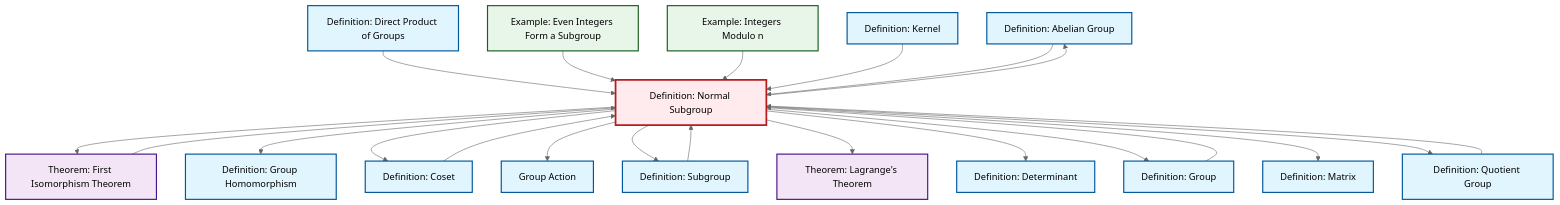
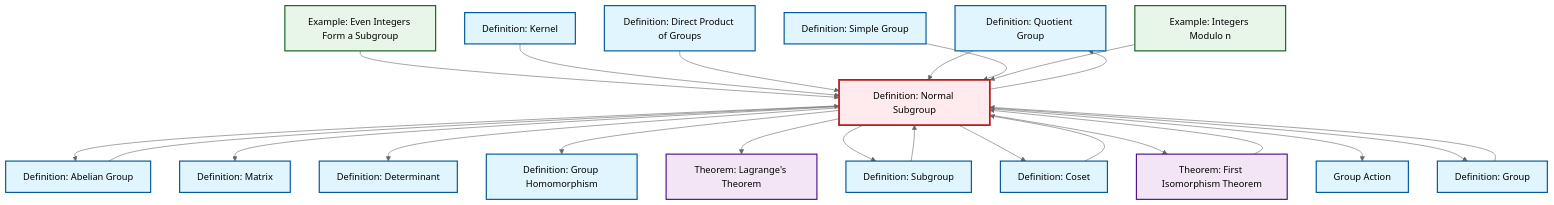
Before and after one commit to RK0429/ModernMath: the diagram in content/en/algebra/def-normal-subgroup.qmd, drawn with Mermaid (neutral theme). The commit also changed 554 other files, not shown here.

````diff
--- a/content/en/algebra/def-normal-subgroup.qmd
+++ b/content/en/algebra/def-normal-subgroup.qmd
@@ -95,62 +95,65 @@
 ```{mermaid}
 %%| fig-cap: "Local dependency graph"
 graph TD
     classDef definition fill:#e1f5fe,stroke:#01579b,stroke-width:2px
     classDef theorem fill:#f3e5f5,stroke:#4a148c,stroke-width:2px
     classDef axiom fill:#fff3e0,stroke:#e65100,stroke-width:2px
     classDef example fill:#e8f5e9,stroke:#1b5e20,stroke-width:2px
     classDef current fill:#ffebee,stroke:#b71c1c,stroke-width:3px
-    def-abelian-group["Definition: Abelian Group"]:::definition
-    def-homomorphism["Definition: Group Homomorphism"]:::definition
     def-quotient-group["Definition: Quotient Group"]:::definition
-    def-determinant["Definition: Determinant"]:::definition
-    thm-first-isomorphism["Theorem: First Isomorphism Theorem"]:::theorem
     def-direct-product["Definition: Direct Product of Groups"]:::definition
-    def-group["Definition: Group"]:::definition
-    def-normal-subgroup["Definition: Normal Subgroup"]:::definition
-    def-subgroup["Definition: Subgroup"]:::definition
-    thm-lagrange["Theorem: Lagrange's Theorem"]:::theorem
-    ex-quotient-integers-mod-n["Example: Integers Modulo n"]:::example
-    ex-even-integers-subgroup["Example: Even Integers Form a Subgroup"]:::example
-    def-matrix["Definition: Matrix"]:::definition
-    def-coset["Definition: Coset"]:::definition
     def-kernel["Definition: Kernel"]:::definition
     def-group-action["Group Action"]:::definition
+    ex-even-integers-subgroup["Example: Even Integers Form a Subgroup"]:::example
+    def-abelian-group["Definition: Abelian Group"]:::definition
+    def-subgroup["Definition: Subgroup"]:::definition
+    def-simple-group["Definition: Simple Group"]:::definition
+    ex-quotient-integers-mod-n["Example: Integers Modulo n"]:::example
+    def-group["Definition: Group"]:::definition
+    def-matrix["Definition: Matrix"]:::definition
+    def-normal-subgroup["Definition: Normal Subgroup"]:::definition
+    def-homomorphism["Definition: Group Homomorphism"]:::definition
+    def-determinant["Definition: Determinant"]:::definition
+    def-coset["Definition: Coset"]:::definition
+    thm-lagrange["Theorem: Lagrange's Theorem"]:::theorem
+    thm-first-isomorphism["Theorem: First Isomorphism Theorem"]:::theorem
+    def-coset --> def-normal-subgroup
     def-normal-subgroup --> def-abelian-group
+    ex-even-integers-subgroup --> def-normal-subgroup
+    def-normal-subgroup --> def-matrix
+    def-normal-subgroup --> def-determinant
+    def-group --> def-normal-subgroup
+    def-normal-subgroup --> def-homomorphism
+    def-normal-subgroup --> thm-lagrange
+    def-normal-subgroup --> def-subgroup
+    def-subgroup --> def-normal-subgroup
+    def-normal-subgroup --> def-coset
+    thm-first-isomorphism --> def-normal-subgroup
+    def-kernel --> def-normal-subgroup
     def-normal-subgroup --> thm-first-isomorphism
-    def-normal-subgroup --> def-homomorphism
-    def-normal-subgroup --> def-coset
-    def-group --> def-normal-subgroup
+    def-direct-product --> def-normal-subgroup
     def-normal-subgroup --> def-group-action
-    def-coset --> def-normal-subgroup
-    thm-first-isomorphism --> def-normal-subgroup
-    def-subgroup --> def-normal-subgroup
-    def-direct-product --> def-normal-subgroup
-    def-normal-subgroup --> def-subgroup
-    def-normal-subgroup --> thm-lagrange
-    ex-even-integers-subgroup --> def-normal-subgroup
-    def-normal-subgroup --> def-determinant
+    def-quotient-group --> def-normal-subgroup
+    def-simple-group --> def-normal-subgroup
+    ex-quotient-integers-mod-n --> def-normal-subgroup
+    def-abelian-group --> def-normal-subgroup
+    def-normal-subgroup --> def-quotient-group
     def-normal-subgroup --> def-group
-    def-normal-subgroup --> def-matrix
-    ex-quotient-integers-mod-n --> def-normal-subgroup
-    def-kernel --> def-normal-subgroup
-    def-quotient-group --> def-normal-subgroup
-    def-normal-subgroup --> def-quotient-group
-    def-abelian-group --> def-normal-subgroup
     class def-normal-subgroup current
-    click def-abelian-group "def-abelian-group.html" "Go to Abelian Group definition"
-    click def-homomorphism "def-homomorphism.html" "Go to Group Homomorphism definition"
     click def-quotient-group "def-quotient-group.html" "Go to Quotient Group definition"
-    click def-determinant "def-determinant.html" "Go to Determinant definition"
-    click thm-first-isomorphism "thm-first-isomorphism.html" "Go to First Isomorphism Theorem theorem"
     click def-direct-product "def-direct-product.html" "Go to Direct Product of Groups definition"
-    click def-group "def-group.html" "Go to Group definition"
-    click def-subgroup "def-subgroup.html" "Go to Subgroup definition"
-    click thm-lagrange "thm-lagrange.html" "Go to Lagrange's Theorem theorem"
-    click ex-quotient-integers-mod-n "ex-quotient-integers-mod-n.html" "Go to Integers Modulo n example"
-    click ex-even-integers-subgroup "ex-even-integers-subgroup.html" "Go to Even Integers Form a Subgroup example"
-    click def-matrix "def-matrix.html" "Go to Matrix definition"
-    click def-coset "def-coset.html" "Go to Coset definition"
     click def-kernel "def-kernel.html" "Go to Kernel definition"
     click def-group-action "def-group-action.html" "Go to Group Action"
+    click ex-even-integers-subgroup "ex-even-integers-subgroup.html" "Go to Even Integers Form a Subgroup example"
+    click def-abelian-group "def-abelian-group.html" "Go to Abelian Group definition"
+    click def-subgroup "def-subgroup.html" "Go to Subgroup definition"
+    click def-simple-group "def-simple-group.html" "Go to Simple Group definition"
+    click ex-quotient-integers-mod-n "ex-quotient-integers-mod-n.html" "Go to Integers Modulo n example"
+    click def-group "def-group.html" "Go to Group definition"
+    click def-matrix "def-matrix.html" "Go to Matrix definition"
+    click def-homomorphism "def-homomorphism.html" "Go to Group Homomorphism definition"
+    click def-determinant "def-determinant.html" "Go to Determinant definition"
+    click def-coset "def-coset.html" "Go to Coset definition"
+    click thm-lagrange "thm-lagrange.html" "Go to Lagrange's Theorem theorem"
+    click thm-first-isomorphism "thm-first-isomorphism.html" "Go to First Isomorphism Theorem theorem"
 ```
````
